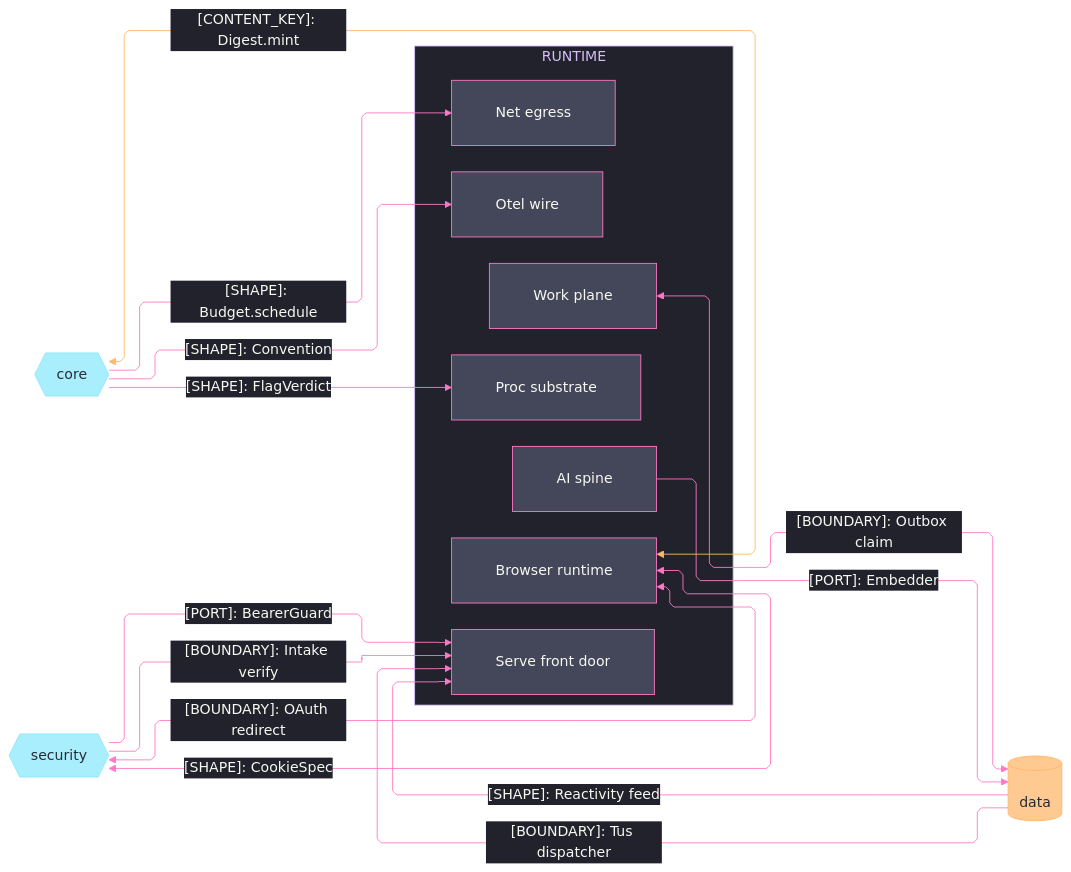
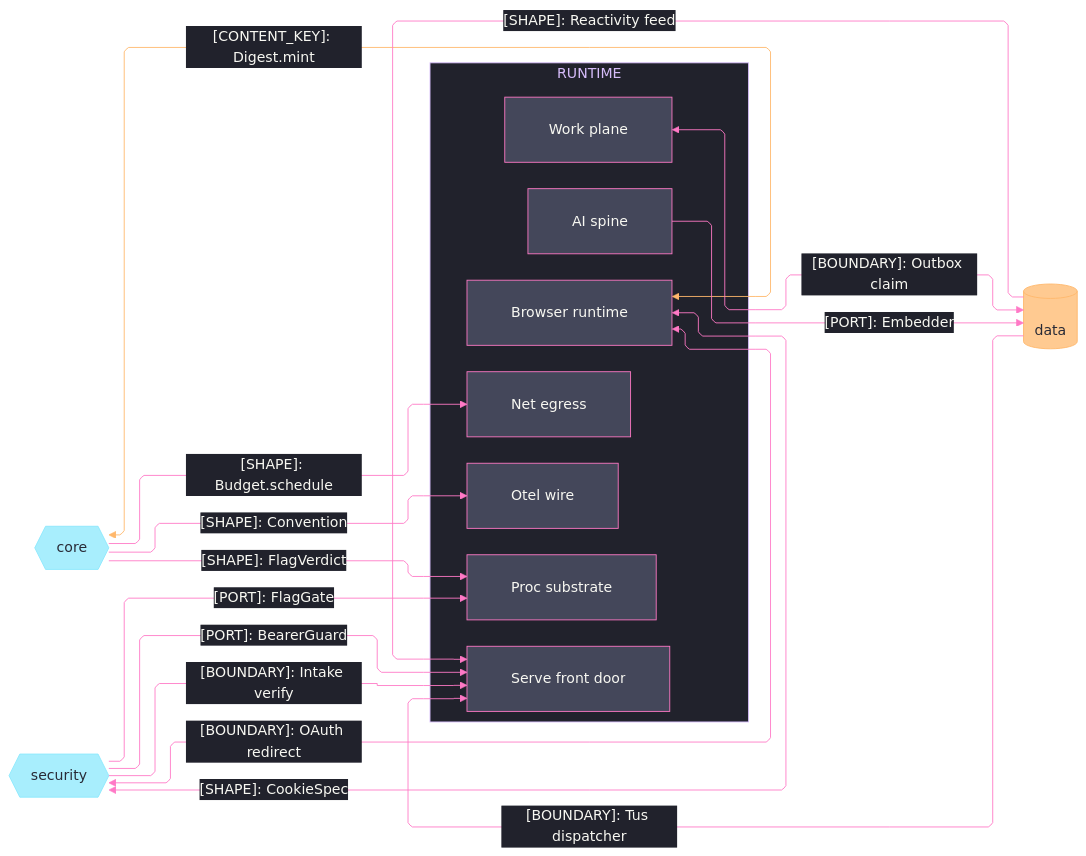
The first of 2 diagrams in libs/typescript/runtime/ARCHITECTURE.md (bsamiee/Rasm), drawn with Mermaid before and after one commit. The commit also changed other lines of this file and 441 other files, not shown here.

````diff
--- a/libs/typescript/runtime/ARCHITECTURE.md
+++ b/libs/typescript/runtime/ARCHITECTURE.md
@@ -53,65 +53,66 @@
 ```mermaid
 ---
 config:
   theme: base
   look: classic
   layout: elk
   flowchart:
     curve: linear
     padding: 25
   themeVariables:
     darkMode: true
     fontFamily: "SF Mono, Menlo, Cascadia Mono, Segoe UI Mono, Consolas, monospace"
     useGradient: false
     dropShadow: "none"
     background: "#282A36"
     primaryColor: "#44475A"
     primaryTextColor: "#F8F8F2"
     primaryBorderColor: "#BD93F9"
     lineColor: "#FF79C6"
     textColor: "#F8F8F2"
     clusterBkg: "#21222C"
     clusterBorder: "#D6BCFA"
     edgeLabelBackground: "#21222C"
     labelBackgroundColor: "#21222C"
     titleColor: "#D6BCFA"
   themeCSS: ".nodeLabel{font-size:13px;font-weight:500}.edgeLabel{font-size:12px;font-weight:500}.cluster-label .nodeLabel{font-size:13.5px;font-weight:700;letter-spacing:.08em}.edge-thickness-normal{stroke-width:2px}.edge-thickness-thick{stroke-width:3px}.edge-pattern-dashed,.edge-pattern-dotted{stroke-width:1.5px;stroke-dasharray:4 6}.node rect,.node circle,.node polygon,.node path,.node .outer-path{stroke-width:1.5px;filter:none!important}.cluster rect{stroke-width:1px!important;stroke-dasharray:5 4!important;filter:none!important}.marker path{transform:scale(.8);transform-origin:5px 5px}.marker circle{transform:scale(.48);transform-origin:5px 5px}.edgeLabel rect{transform-box:fill-box;transform-origin:center;transform:scale(1.1,1.2)}"
 ---
 flowchart LR
     accTitle: Runtime domain-peer seam registry
     accDescr: Runtime sub-domain owners exchanging flag, budget, convention, identity, custody, and durable-store shapes with the core, security, and data TypeScript domain peers, edge rails colored by kind and nodes classed by seam direction.
     subgraph runtime[RUNTIME]
         Proc[Proc substrate]
         Net[Net egress]
         Otel[Otel wire]
         Browser[Browser runtime]
         Serve[Serve front door]
         Work[Work plane]
         Ai[AI spine]
     end
     Core{{core}}
     Security{{security}}
     Data[(data)]
     Core e1@-->|"[SHAPE]: FlagVerdict"| Proc
     Core e2@-->|"[SHAPE]: Budget.schedule"| Net
     Core e3@-->|"[SHAPE]: Convention"| Otel
     Browser e4@<-->|"[CONTENT_KEY]: Digest.mint"| Core
     Browser e5@<-->|"[SHAPE]: CookieSpec"| Security
     Browser e6@<-->|"[BOUNDARY]: OAuth redirect"| Security
     Security e7@-->|"[PORT]: BearerGuard"| Serve
     Security e8@-->|"[BOUNDARY]: Intake verify"| Serve
+    Security e13@-->|"[PORT]: FlagGate"| Proc
     Data e9@-->|"[BOUNDARY]: Tus dispatcher"| Serve
     Data e10@-->|"[SHAPE]: Reactivity feed"| Serve
     Work e11@<-->|"[BOUNDARY]: Outbox claim"| Data
     Ai e12@-->|"[PORT]: Embedder"| Data
     classDef primary fill:#44475A,stroke:#FF79C6,color:#F8F8F2
     classDef external fill:#8BE9FDBF,stroke:#8BE9FD,color:#282A36
     classDef data fill:#FFB86CBF,stroke:#FFB86C,color:#282A36
     classDef edgeData stroke:#FFB86C,color:#F8F8F2
     classDef edgeControl stroke:#FF79C6,color:#F8F8F2
     class Proc,Net,Otel,Browser,Serve,Work,Ai primary
     class Core,Security external
     class Data data
     class e4 edgeData
-    class e1,e2,e3,e5,e6,e7,e8,e9,e10,e11,e12 edgeControl
+    class e1,e2,e3,e5,e6,e7,e8,e9,e10,e11,e12,e13 edgeControl
 ```
````
